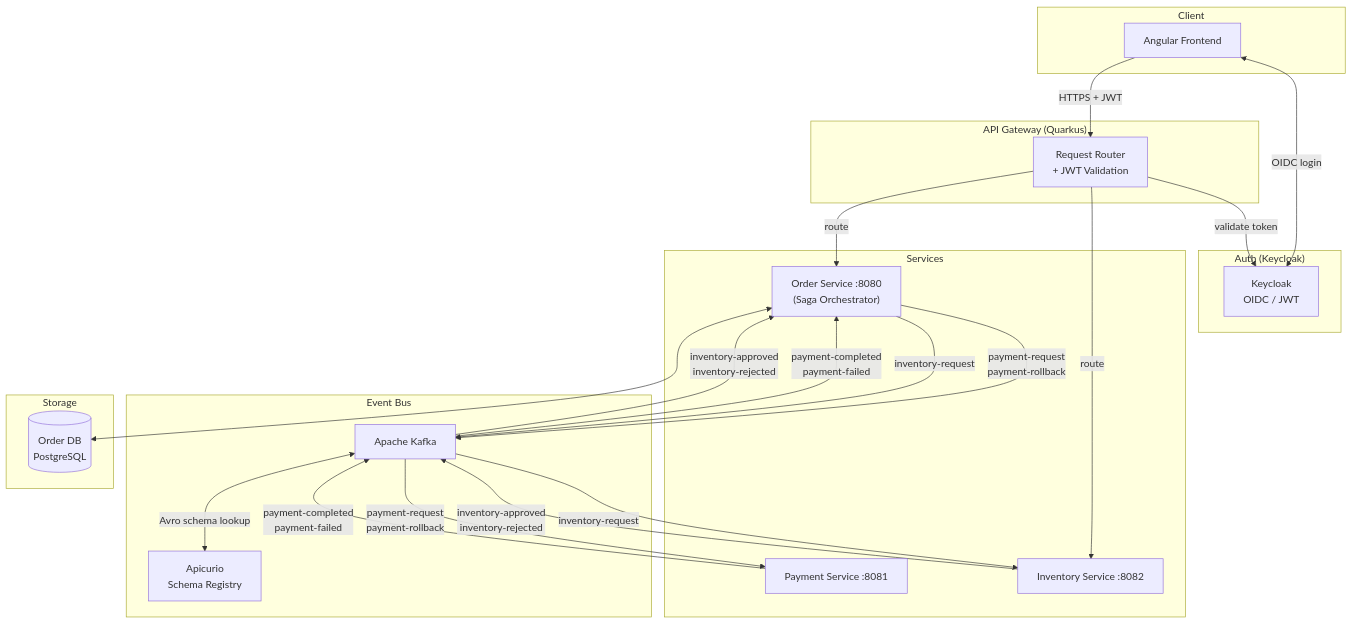
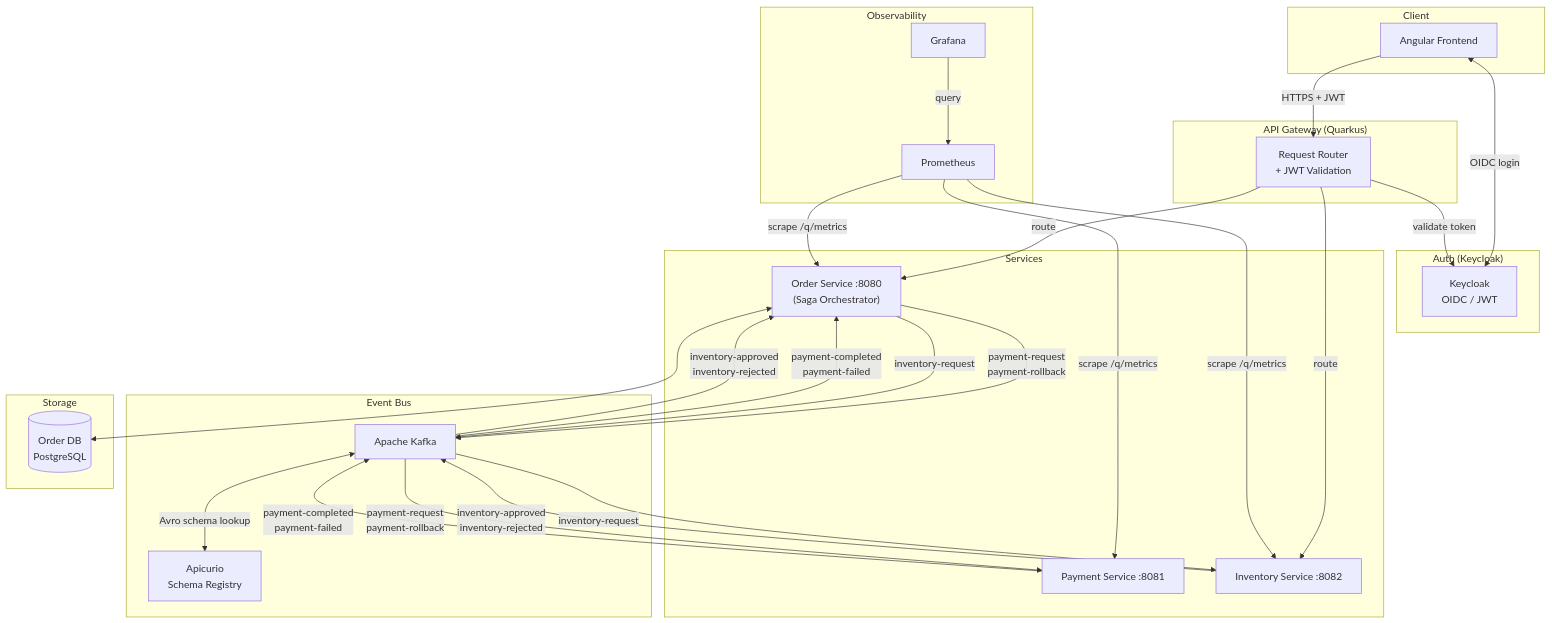
Before and after one commit to panryba/shopflow: the first of 2 diagrams in README.md, drawn with Mermaid. The commit also changed other lines of this file and 47 other files, not shown here.

First line of the commit message:
Add Prometheus/Grafana observability stack and consumer crash simulation

````diff
--- a/README.md
+++ b/README.md
@@ -37,49 +39,59 @@
 ```mermaid
 graph TB
     subgraph Client
         UI[Angular Frontend]
     end
 
     subgraph Auth["Auth (Keycloak)"]
         KC[Keycloak<br/>OIDC / JWT]
     end
 
     subgraph Gateway["API Gateway (Quarkus)"]
         GW[Request Router<br/>+ JWT Validation]
     end
 
     subgraph Services
         OS["Order Service :8080<br/>(Saga Orchestrator)"]
         PS[Payment Service :8081]
         IS[Inventory Service :8082]
     end
 
     subgraph Messaging["Event Bus"]
         K[Apache Kafka]
         SR[Apicurio<br/>Schema Registry]
     end
 
     subgraph Storage
         ODB[(Order DB<br/>PostgreSQL)]
     end
 
+    subgraph Observability
+        PROM[Prometheus]
+        GRAF[Grafana]
+    end
+
     UI <-->|OIDC login| KC
     UI -->|HTTPS + JWT| GW
     GW -->|validate token| KC
     GW -->|route| OS
     GW -->|route| IS
 
     OS <--> ODB
     OS -->|payment-request<br/>payment-rollback| K
     OS -->|inventory-request| K
     K -->|payment-completed<br/>payment-failed| OS
     K -->|inventory-approved<br/>inventory-rejected| OS
 
     K -->|payment-request<br/>payment-rollback| PS
     PS -->|payment-completed<br/>payment-failed| K
 
     K -->|inventory-request| IS
     IS -->|inventory-approved<br/>inventory-rejected| K
 
     K <-->|Avro schema lookup| SR
+
+    PROM -->|scrape /q/metrics| OS
+    PROM -->|scrape /q/metrics| PS
+    PROM -->|scrape /q/metrics| IS
+    GRAF -->|query| PROM
 ```
````
